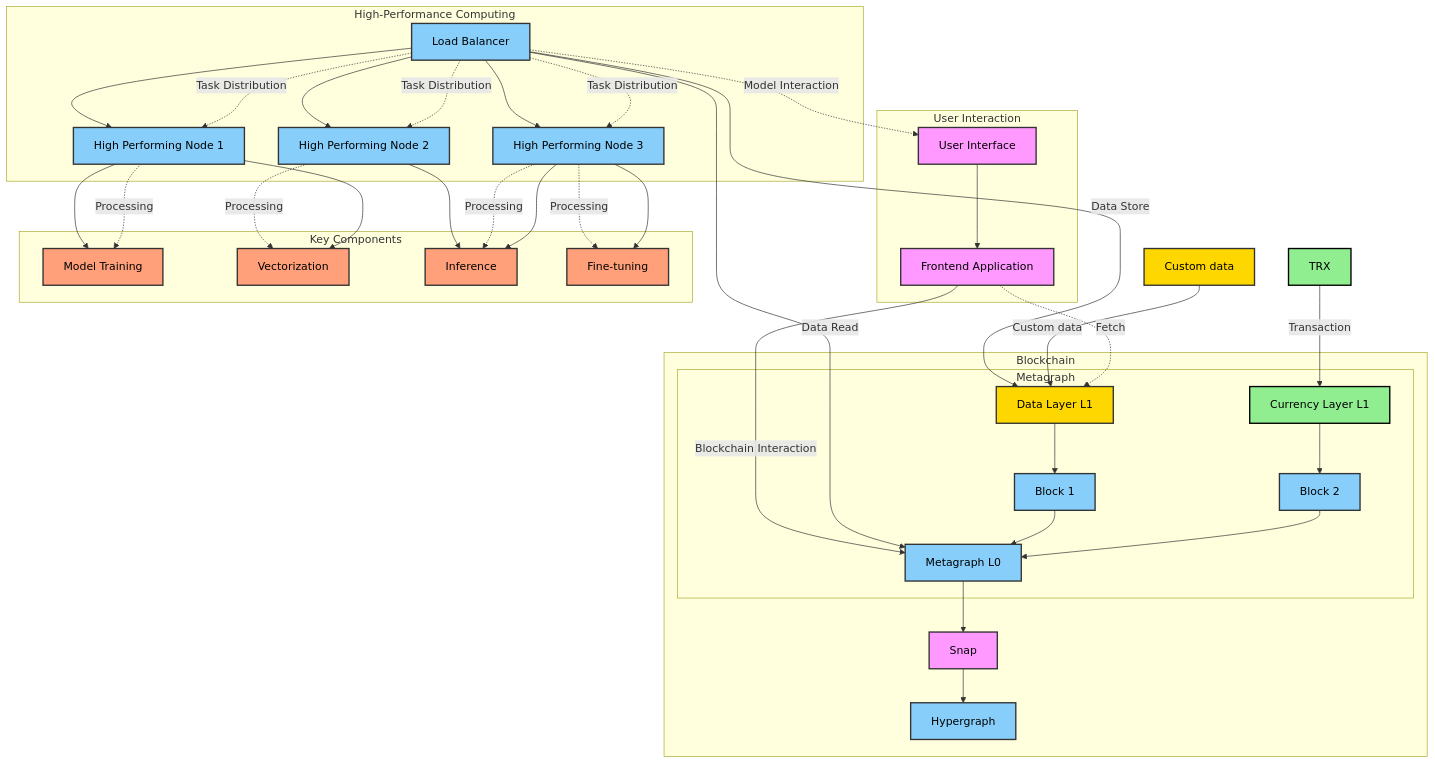
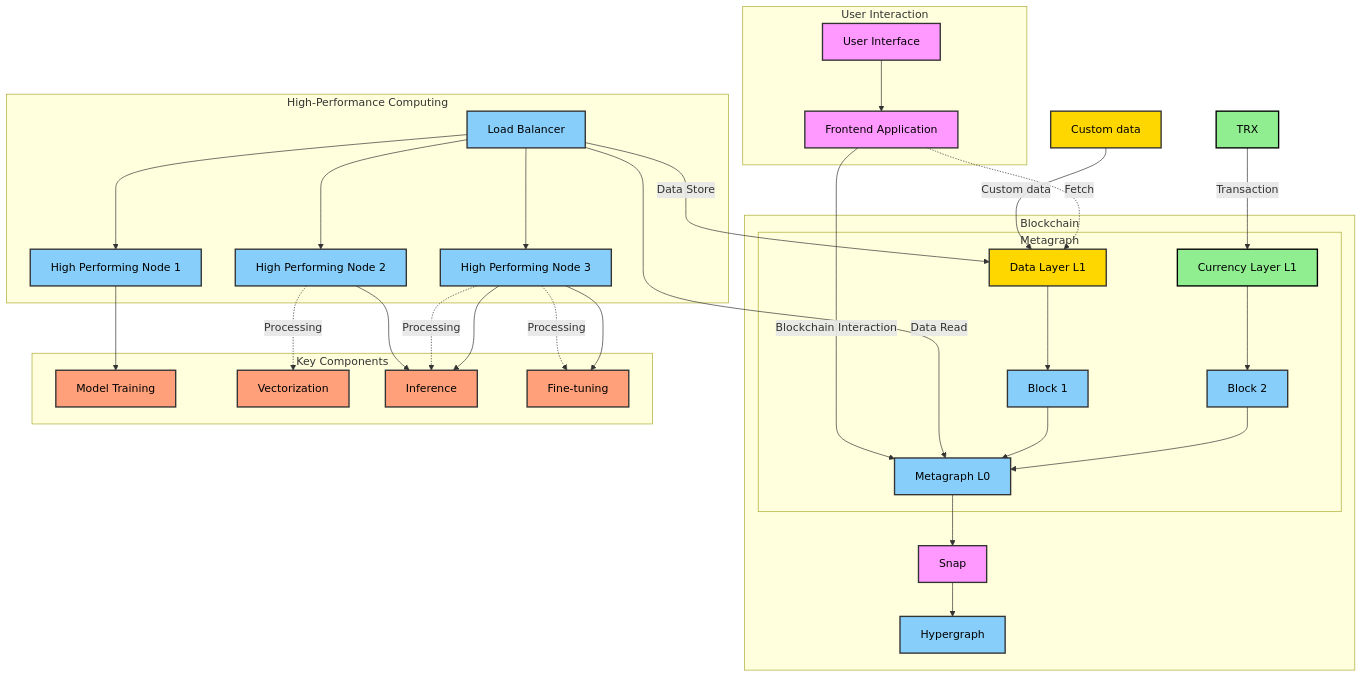
The diagram in README.md (Projects-by-Harsh-and-Sid/Metagraph_NFT_Chain), drawn with Mermaid before and after one commit. The commit also changed other lines of this file, not shown here.

````diff
--- a/README.md
+++ b/README.md
@@ -98,15 +26,11 @@
 ```mermaid
-
 graph TD
     UI[User Interface]
     FA[Frontend Application]
-    %% SC[Smart Contracts / Canisters]
-    %% NS[NFT Storage]
     MN[Load Balancer]
     SN1[High Performing Node 1]
     SN2[High Performing Node 2]
     SN3[High Performing Node 3]
-    %% SN4[Server Node 3]
     MT[Model Training]
     V[Vectorization]
     I[Inference]
@@ -121,15 +45,8 @@
     CU[Custom data]
     TR[TRX]
 
-
-
     UI --> FA
-    %% FA --> SC
     FA --"Blockchain Interaction"--> L0
-
-    %% SC --> NS
-    %% SC --> MN
-    %% MN <--> L0
     MN --"Data Read"--> L0
     MN --"Data Store"--> L1D
     MN --> SN1
@@ -140,13 +57,8 @@
     SN2 -."Processing".-> V
     SN3 -."Processing".-> FT
     SN3 -."Processing".-> I
-    
-
     SN3 --> I
     SN3 --> FT
-    %% L1C --> L0
-    %% L1D --> L0
-    %% L0 --> HG
     L1C --> B2
     L1D --> B1
     B1 --> L0
@@ -157,33 +69,22 @@
     CU --"Custom data"--> L1D
     FA -."Fetch".-> L1D
 
-
-
-subgraph "Blockchain"
-    subgraph "Metagraph"
-        L1C
-        L1D
-        L0
-        %% HG
-        B1
-        B2
+    subgraph "Blockchain"
+        subgraph "Metagraph"
+            L1C
+            L1D
+            L0
+            B1
+            B2
+        end
+        SN
+        HG
     end
-    SN
-    HG
-
-end
 
     subgraph "User Interaction"
         UI
         FA
     end
-
-
-
-    %% subgraph "Constellation Metagraph"
-    %%     SC
-    %%     NS
-    %% end
 
     subgraph "High-Performance Computing"
         MN
@@ -199,43 +100,17 @@
         FT
     end
 
-
-    %% %% Connections
-    %% FA -.-> MN
-    %% L1D -.-> SN1
-    %% L1D -.-> SN2
-    %% L1D -.-> SN3
-
-    MN -."Task Distribution".-> SN1
-    MN -."Task Distribution".-> SN2
-    MN -."Task Distribution".-> SN3
-    MN -."Model Interaction".-> UI
-    SN1 --> V
-    SN1 -."Processing".-> MT
-    %% SN1 -. "Processing" .-> MT
-    %% SN2 -. "Processing" .-> V
-    %% SN3 -. "Processing" .-> I
-    %% ServerNode3 -. "Processing" .-> FineTuning
-
-    
-
-
-classDef default fill:#f9f,stroke:#333,stroke-width:2px,color:#000;
-classDef metagraph fill:#ffd700,stroke:#333,stroke-width:2px,color:#000;
-classDef computing fill:#87cefa,stroke:#333,stroke-width:2px,color:#000;
-classDef meta fill:#87cefa,stroke:#333,stroke-width:2px,color:#000;
-classDef data fill:#ffd700,stroke:#333,stroke-width:2px,color:#000;
-classDef Trx fill:#90EE90,stroke:#000000,color:#000;
-
-
-
+    classDef default fill:#f9f,stroke:#333,stroke-width:2px,color:#000;
+    classDef metagraph fill:#ffd700,stroke:#333,stroke-width:2px,color:#000;
+    classDef computing fill:#87cefa,stroke:#333,stroke-width:2px,color:#000;
+    classDef meta fill:#87cefa,stroke:#333,stroke-width:2px,color:#000;
+    classDef data fill:#ffd700,stroke:#333,stroke-width:2px,color:#000;
+    classDef Trx fill:#90EE90,stroke:#000000,color:#000;
     classDef components fill:#ffa07a,stroke:#333,stroke-width:2px;
 
     class L1D,CU data;
     class L1C,TR Trx;
     class L0,HG,B1,B2 meta;
-    %% class L1C,L1D metagraph;
     class MN,SN1,SN2,SN3 computing;
     class MT,V,I,FT components;
-
 ```
````
